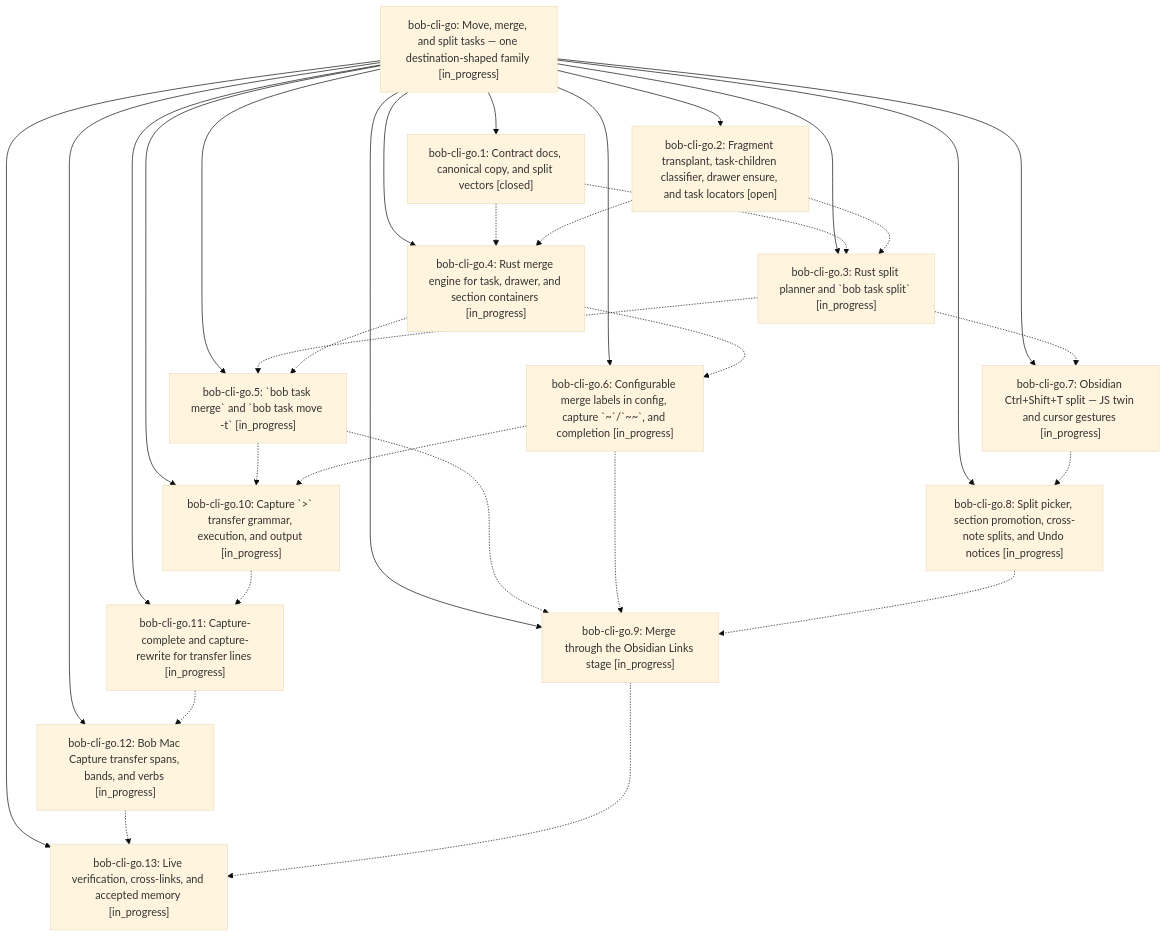
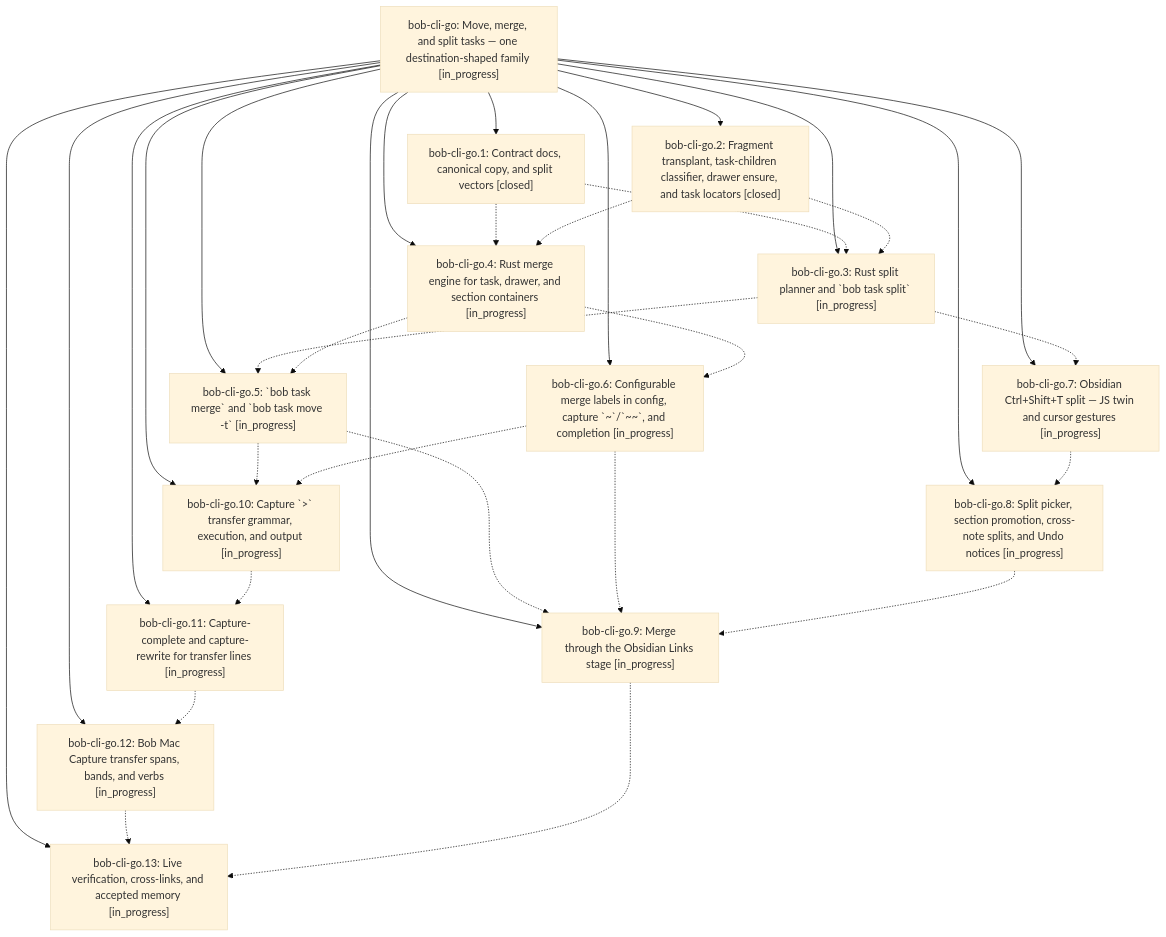
One commit to bobs-org/bob-cli--beads changed the diagram in pages/bob-cli-go/README.md. Above: the diagram before and after it, drawn with Mermaid (base theme). The commit also changed other lines of this file and 4 other files, not shown here.

First line of the commit message:
chore(beads): sync bead state and pages for bob-cli-go

````diff
--- a/pages/bob-cli-go/README.md
+++ b/pages/bob-cli-go/README.md
@@ -46,48 +48,48 @@
 ```mermaid
 flowchart TD
     n0["bob-cli-go: Move, merge, and split tasks — one destination-shaped family [in_progress]"]
     n1["bob-cli-go.1: Contract docs, canonical copy, and split vectors [closed]"]
     n2["bob-cli-go.10: Capture `&gt;` transfer grammar, execution, and output [in_progress]"]
     n3["bob-cli-go.11: Capture-complete and capture-rewrite for transfer lines [in_progress]"]
     n4["bob-cli-go.12: Bob Mac Capture transfer spans, bands, and verbs [in_progress]"]
     n5["bob-cli-go.13: Live verification, cross-links, and accepted memory [in_progress]"]
-    n6["bob-cli-go.2: Fragment transplant, task-children classifier, drawer ensure, and task locators [open]"]
+    n6["bob-cli-go.2: Fragment transplant, task-children classifier, drawer ensure, and task locators [closed]"]
     n7["bob-cli-go.3: Rust split planner and `bob task split` [in_progress]"]
     n8["bob-cli-go.4: Rust merge engine for task, drawer, and section containers [in_progress]"]
     n9["bob-cli-go.5: `bob task merge` and `bob task move -t` [in_progress]"]
     n10["bob-cli-go.6: Configurable merge labels in config, capture `~`/`~~`, and completion [in_progress]"]
     n11["bob-cli-go.7: Obsidian Ctrl+Shift+T split — JS twin and cursor gestures [in_progress]"]
     n12["bob-cli-go.8: Split picker, section promotion, cross-note splits, and Undo notices [in_progress]"]
     n13["bob-cli-go.9: Merge through the Obsidian Links stage [in_progress]"]
     n0 --> n1
     n0 --> n2
     n0 --> n3
     n0 --> n4
     n0 --> n5
     n0 --> n6
     n0 --> n7
     n0 --> n8
     n0 --> n9
     n0 --> n10
     n0 --> n11
     n0 --> n12
     n0 --> n13
     n1 -.-> n7
     n1 -.-> n8
     n2 -.-> n3
     n3 -.-> n4
     n4 -.-> n5
     n6 -.-> n7
     n6 -.-> n8
     n7 -.-> n9
     n7 -.-> n11
     n8 -.-> n9
     n8 -.-> n10
     n9 -.-> n2
     n9 -.-> n13
     n10 -.-> n2
     n10 -.-> n13
     n11 -.-> n12
     n12 -.-> n13
     n13 -.-> n5
 ```
````
